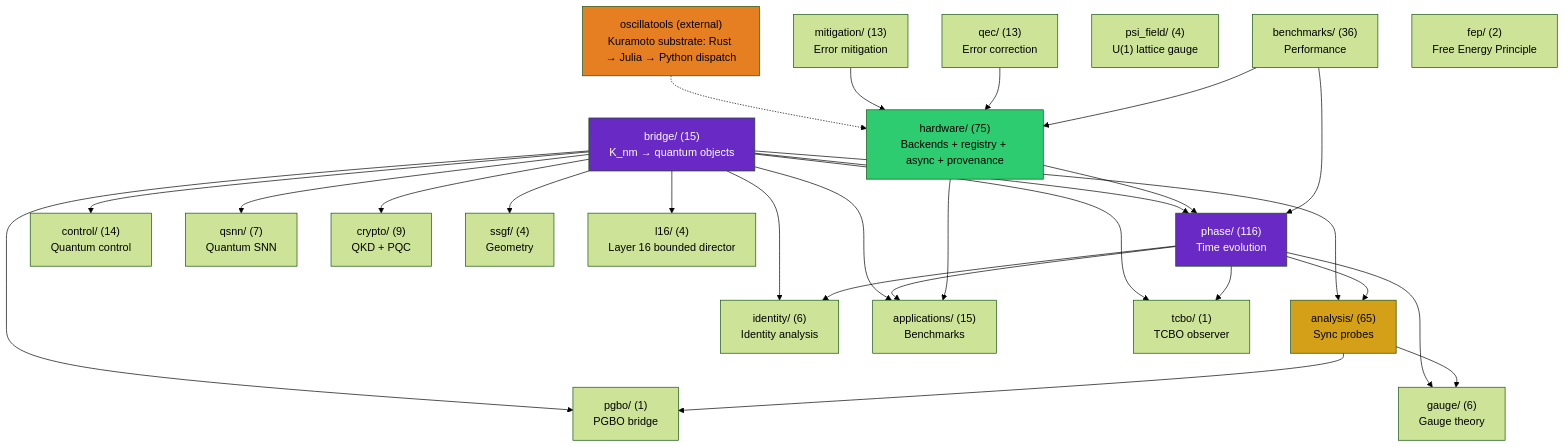
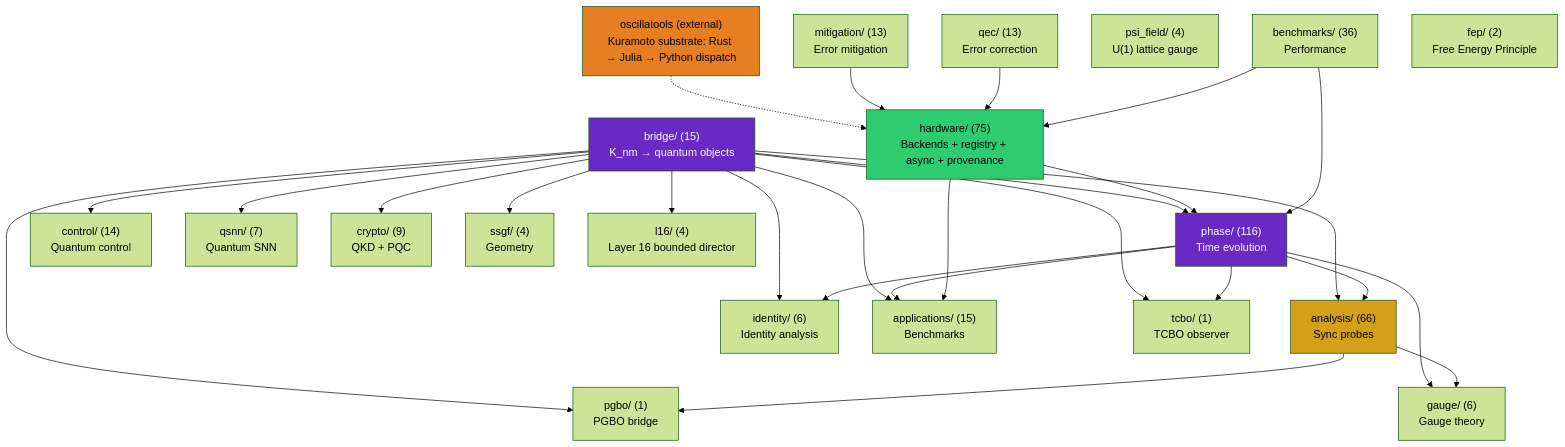
Before and after one commit to anulum/scpn-quantum-control: the first of 4 diagrams in docs/architecture.md, drawn with Mermaid (forest theme). The commit also changed other lines of this file and 22 other files, not shown here.

````diff
--- a/docs/architecture.md
+++ b/docs/architecture.md
@@ -401,55 +401,55 @@
 ```mermaid
 graph TD
     bridge["bridge/ (15)\nK_nm → quantum objects"]
     phase["phase/ (116)\nTime evolution"]
-    analysis["analysis/ (65)\nSync probes"]
+    analysis["analysis/ (66)\nSync probes"]
     control["control/ (14)\nQuantum control"]
     qsnn["qsnn/ (7)\nQuantum SNN"]
     identity["identity/ (6)\nIdentity analysis"]
     hardware["hardware/ (75)\nBackends + registry + async + provenance"]
     mitigation["mitigation/ (13)\nError mitigation"]
     qec["qec/ (13)\nError correction"]
     gauge["gauge/ (6)\nGauge theory"]
     apps["applications/ (15)\nBenchmarks"]
     crypto["crypto/ (9)\nQKD + PQC"]
     benchmarks["benchmarks/ (36)\nPerformance"]
     ssgf["ssgf/ (4)\nGeometry"]
     psi_field["psi_field/ (4)\nU(1) lattice gauge"]
     oscillatools["oscillatools (external)\nKuramoto substrate: Rust → Julia → Python dispatch"]
     fep["fep/ (2)\nFree Energy Principle"]
     tcbo["tcbo/ (1)\nTCBO observer"]
     pgbo["pgbo/ (1)\nPGBO bridge"]
     l16["l16/ (4)\nLayer 16 bounded director"]
 
     bridge --> phase
     bridge --> analysis
     bridge --> control
     bridge --> qsnn
     bridge --> identity
     bridge --> apps
     bridge --> crypto
     bridge --> ssgf
     phase --> analysis
     phase --> identity
     phase --> apps
     phase --> gauge
     analysis --> gauge
     hardware --> phase
     hardware --> apps
     oscillatools -.-> hardware
     mitigation --> hardware
     qec --> hardware
     benchmarks --> phase
     benchmarks --> hardware
     bridge --> tcbo
     bridge --> pgbo
     bridge --> l16
     phase --> tcbo
     analysis --> pgbo
 
     style bridge fill:#6929C4,color:#fff
     style analysis fill:#d4a017,color:#000
     style phase fill:#6929C4,color:#fff
     style hardware fill:#2ecc71,color:#000
     style oscillatools fill:#e67e22,color:#000
 ```
````
